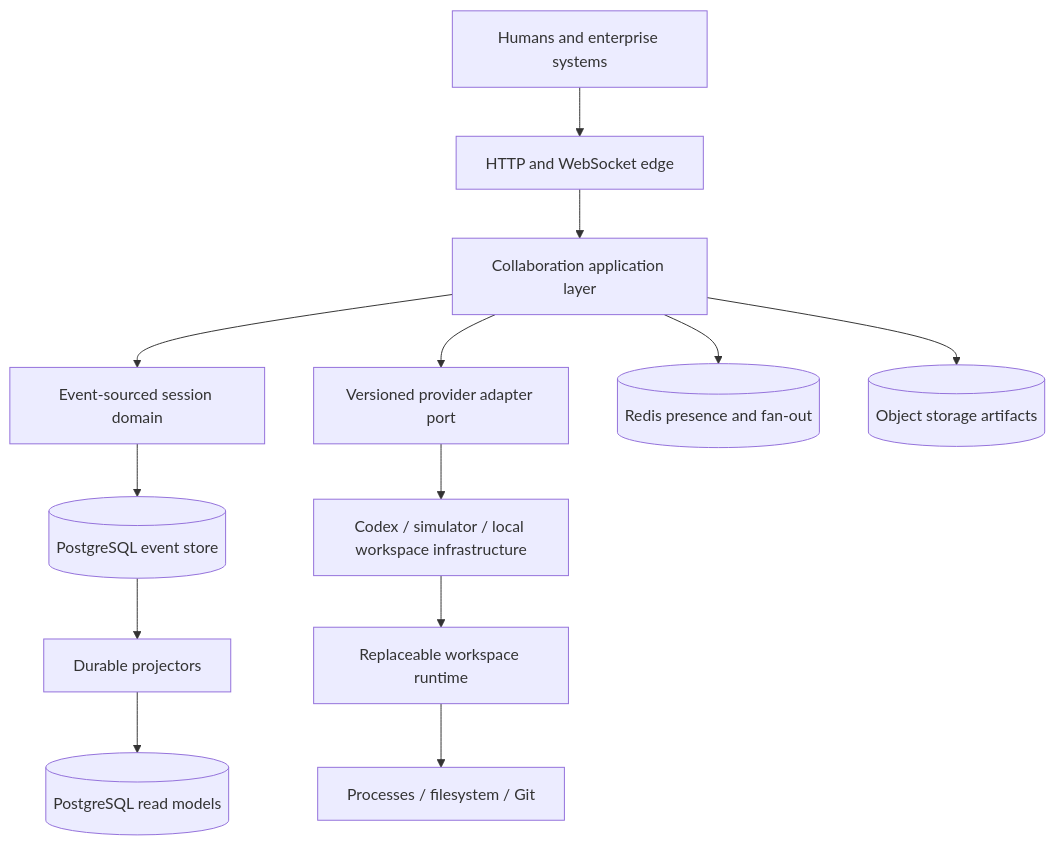
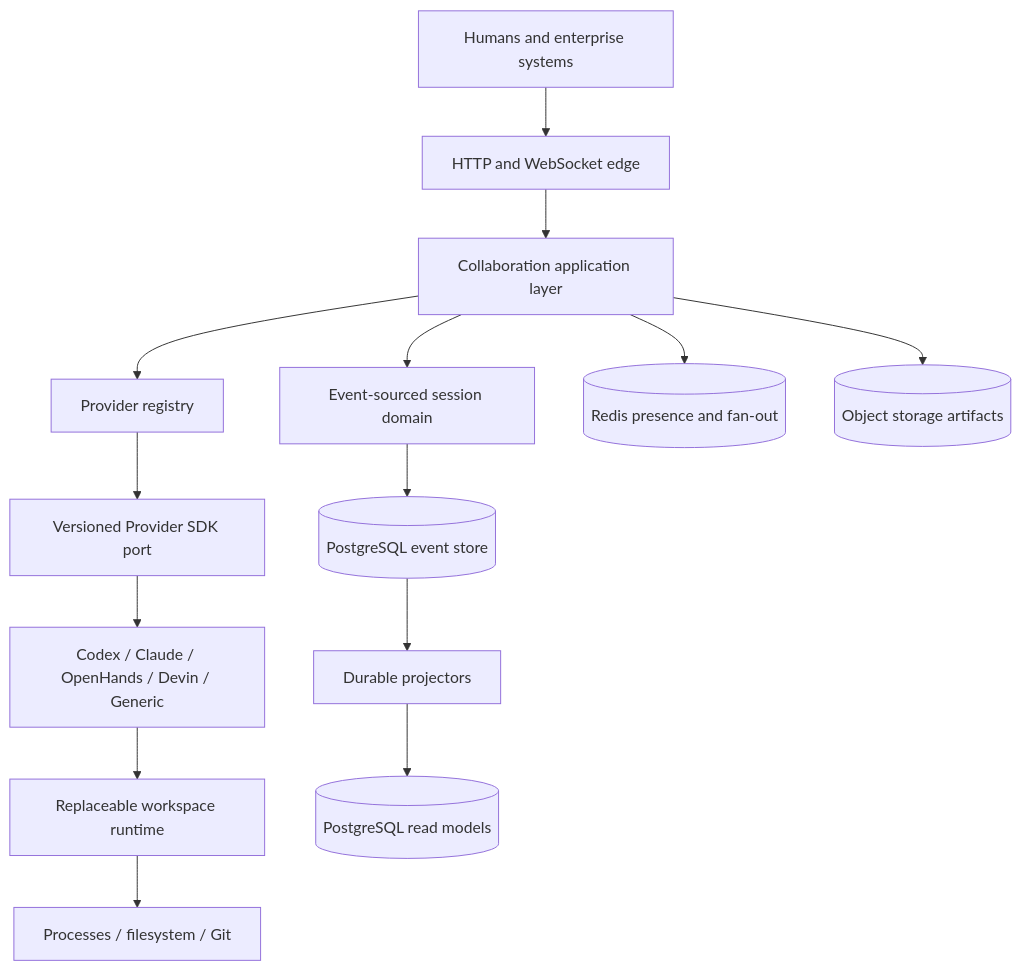
One commit to KavinSivaharan/Parallel changed the diagram in docs/architecture/README.md. Above: the diagram before and after it, drawn with Mermaid. The commit also changed other lines of this file and 24 other files, not shown here.

Commit message:
docs: publish multi-provider architecture and certification

````diff
--- a/docs/architecture/README.md
+++ b/docs/architecture/README.md
@@ -5,15 +5,16 @@
 ```mermaid
 flowchart TB
   humans[Humans and enterprise systems] --> edge[HTTP and WebSocket edge]
   edge --> app[Collaboration application layer]
   app --> domain[Event-sourced session domain]
-  app --> adapters[Versioned provider adapter port]
-  adapters --> providers[Codex / simulator / local workspace infrastructure]
+  app --> registry[Provider registry]
+  registry --> adapters[Versioned Provider SDK port]
+  adapters --> providers[Codex / Claude / OpenHands / Devin / Generic]
   providers --> runtime[Replaceable workspace runtime]
   runtime --> processes[Processes / filesystem / Git]
   domain --> pg[(PostgreSQL event store)]
   app --> redis[(Redis presence and fan-out)]
   app --> objects[(Object storage artifacts)]
   pg --> projectors[Durable projectors]
   projectors --> reads[(PostgreSQL read models)]
 ```
````
